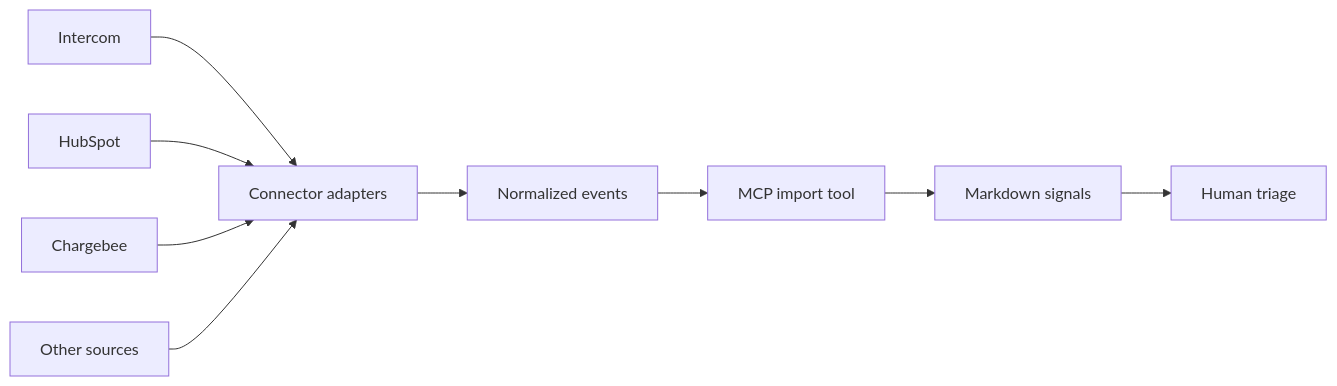
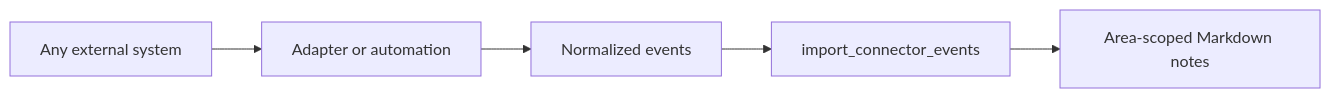
Before and after one commit to Neuphlo/neuphlo-mcp: the diagram in docs/connectors.md, drawn with Mermaid. The commit also changed other lines of this file and 31 other files, not shown here.

````diff
--- a/docs/connectors.md
+++ b/docs/connectors.md
@@ -7,11 +5,7 @@
 ```mermaid
 flowchart LR
-    A["Intercom"] --> D["Connector adapters"]
-    B["HubSpot"] --> D
-    C["Chargebee"] --> D
-    X["Other sources"] --> D
-    D --> E["Normalized events"]
-    E --> F["MCP import tool"]
-    F --> G["Markdown signals"]
-    G --> H["Human triage"]
+    A["Any external system"] --> B["Adapter or automation"]
+    B --> C["Normalized events"]
+    C --> D["import_connector_events"]
+    D --> E["Area-scoped Markdown notes"]
 ```
````
